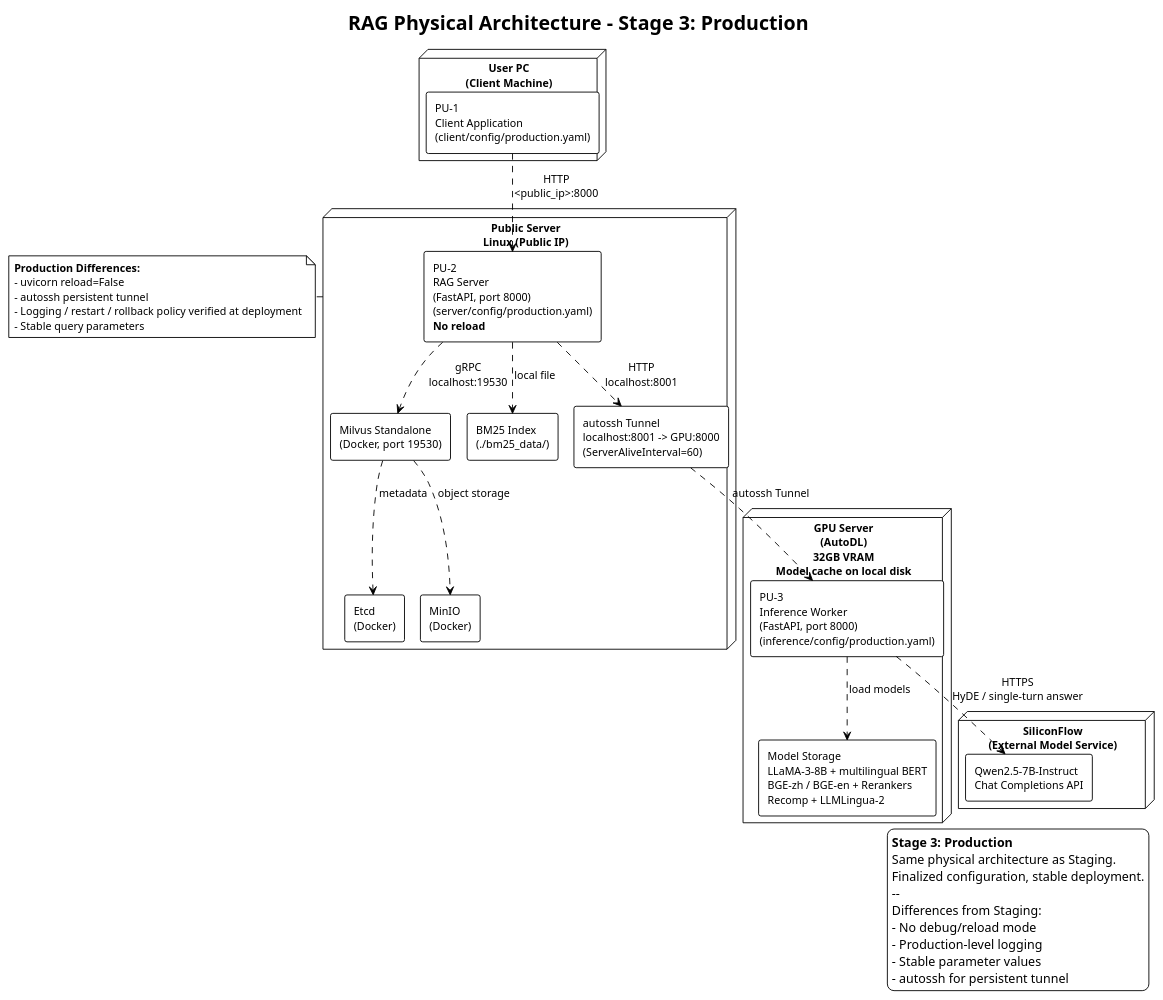
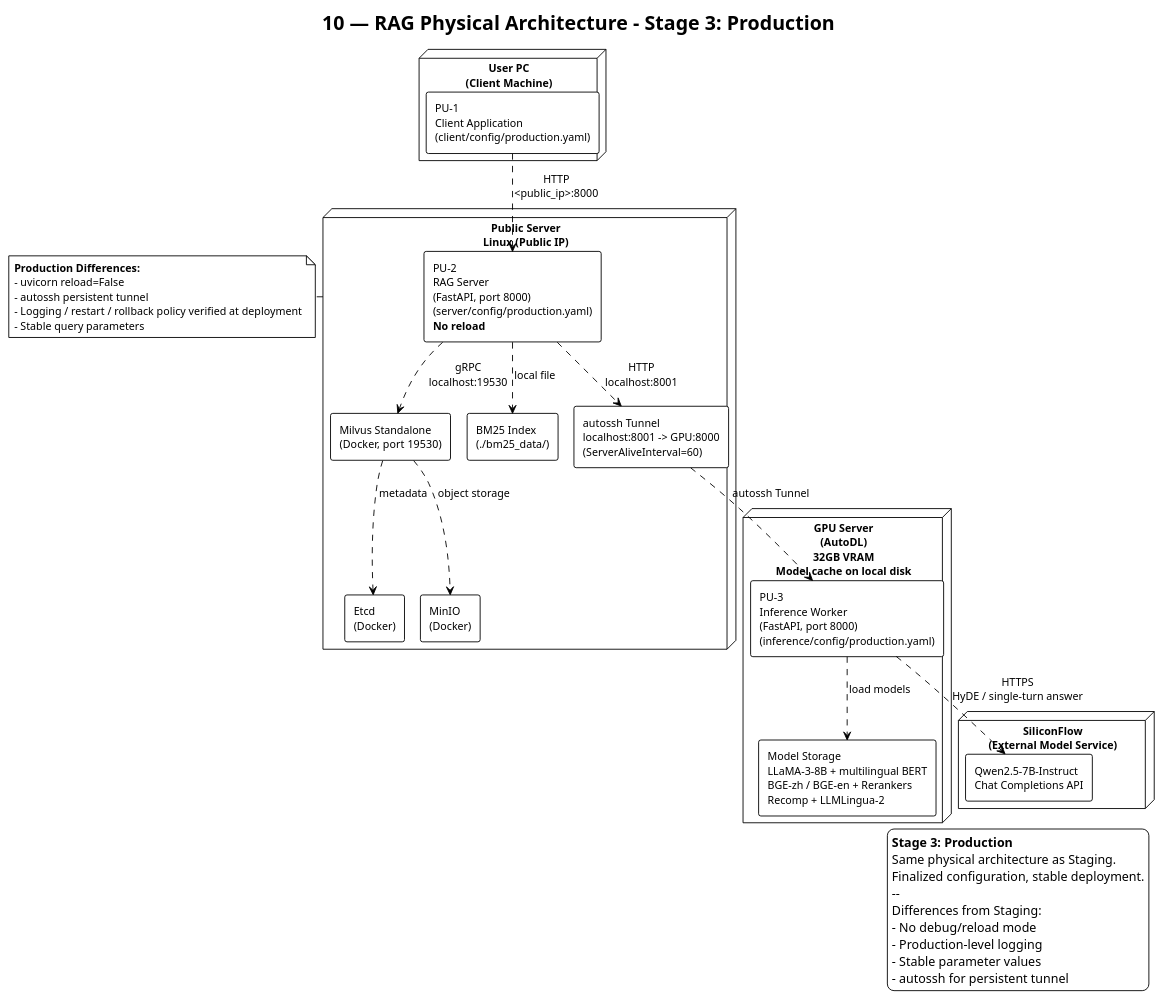
Before and after one commit to 24-Fahed/RAG: the diagram in docs/architecture/10_physical_architecture_production.puml, drawn with PlantUML. The commit also changed 46 other files, not shown here.

Commit message:
docs: restore workflow image and number architecture diagrams

```diff
--- a/docs/architecture/10_physical_architecture_production.puml
+++ b/docs/architecture/10_physical_architecture_production.puml
@@ -1,64 +1,64 @@
-@startuml RAG_Physical_Architecture_Production
+@startuml 10_physical_architecture_production
 !theme plain
 !pragma layout smetana
 skinparam packageStyle rectangle
 skinparam shadowing false
 skinparam defaultFontSize 12
 
-title RAG Physical Architecture - Stage 3: Production
+title 10 — RAG Physical Architecture - Stage 3: Production
 
 legend right
   **Stage 3: Production**
   Same physical architecture as Staging.
   Finalized configuration, stable deployment.
   --
   Differences from Staging:
   - No debug/reload mode
   - Production-level logging
   - Stable parameter values
   - autossh for persistent tunnel
 end legend
 
 node "User PC\n(Client Machine)" as user {
     rectangle "PU-1\nClient Application\n(client/config/production.yaml)" as pu1
 }
 
 node "Public Server\nLinux (Public IP)" as server {
     rectangle "PU-2\nRAG Server\n(FastAPI, port 8000)\n(server/config/production.yaml)\n**No reload**" as pu2
     rectangle "Milvus Standalone\n(Docker, port 19530)" as milvus
     rectangle "Etcd\n(Docker)" as etcd
     rectangle "MinIO\n(Docker)" as minio
     rectangle "BM25 Index\n(./bm25_data/)" as bm25
     rectangle "autossh Tunnel\nlocalhost:8001 -> GPU:8000\n(ServerAliveInterval=60)" as tunnel
 }
 
 node "GPU Server\n(AutoDL)\n32GB VRAM\nModel cache on local disk" as gpu {
     rectangle "PU-3\nInference Worker\n(FastAPI, port 8000)\n(inference/config/production.yaml)" as pu3
     rectangle "Model Storage\nLLaMA-3-8B + multilingual BERT\nBGE-zh / BGE-en + Rerankers\nRecomp + LLMLingua-2" as models
 }
 
 pu1 ..> pu2 : HTTP\n<public_ip>:8000
 pu2 ..> tunnel : HTTP\nlocalhost:8001
 tunnel ..> pu3 : autossh Tunnel
 pu2 ..> milvus : gRPC\nlocalhost:19530
 pu2 ..> bm25 : local file
 pu3 ..> models : load models
 
 node "SiliconFlow\n(External Model Service)" as cloud {
     rectangle "Qwen2.5-7B-Instruct\nChat Completions API" as qwen
 }
 
 pu3 ..> qwen : HTTPS\nHyDE / single-turn answer
 
 note right of server
   **Production Differences:**
   - uvicorn reload=False
   - autossh persistent tunnel
   - Logging / restart / rollback policy verified at deployment
   - Stable query parameters
 end note
 
 milvus ..> etcd : metadata
 milvus ..> minio : object storage
 
 @enduml
```
